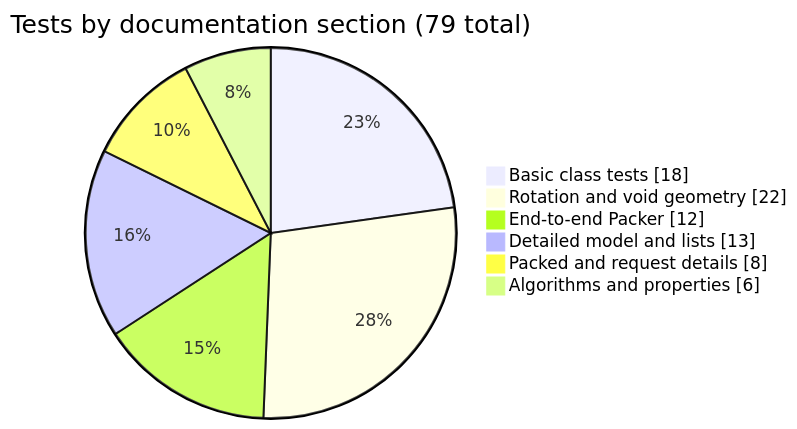
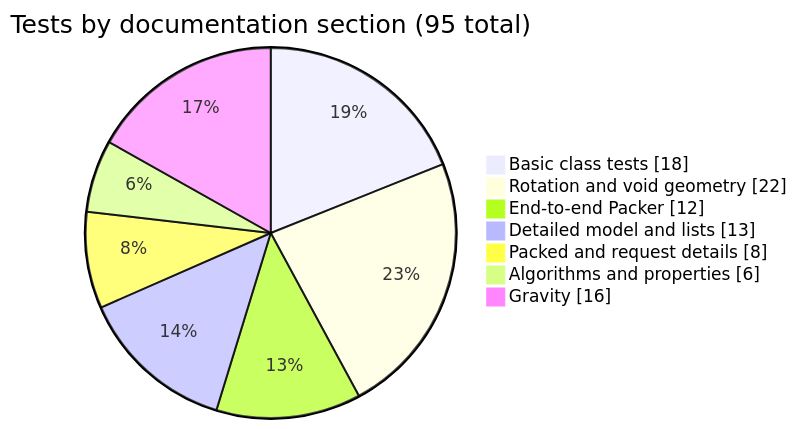
One commit to FantasticDivision/Solver changed the ninth of 9 diagrams in tests/TEST_GUIDE.md. Above: the diagram before and after it, drawn with Mermaid. The commit also changed other lines of this file and 19 other files, not shown here.

````diff
--- a/tests/TEST_GUIDE.md
+++ b/tests/TEST_GUIDE.md
@@ -331,10 +364,11 @@
 ```mermaid
 pie showData
-    title Tests by documentation section (79 total)
+    title Tests by documentation section (95 total)
     "Basic class tests" : 18
     "Rotation and void geometry" : 22
     "End-to-end Packer" : 12
     "Detailed model and lists" : 13
     "Packed and request details" : 8
     "Algorithms and properties" : 6
+    "Gravity" : 16
 ```
````
